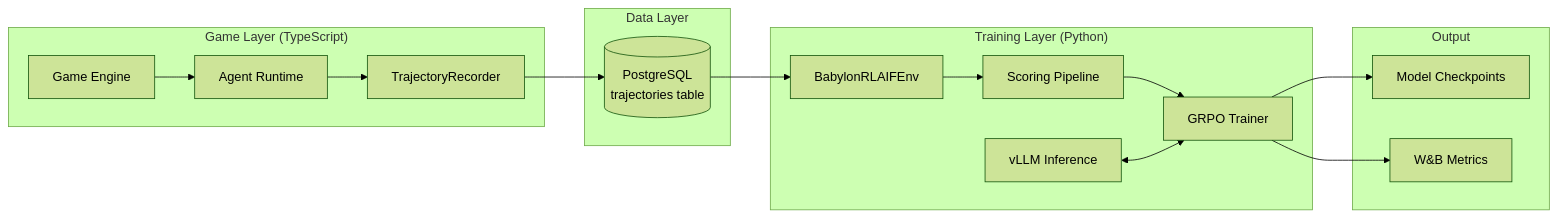
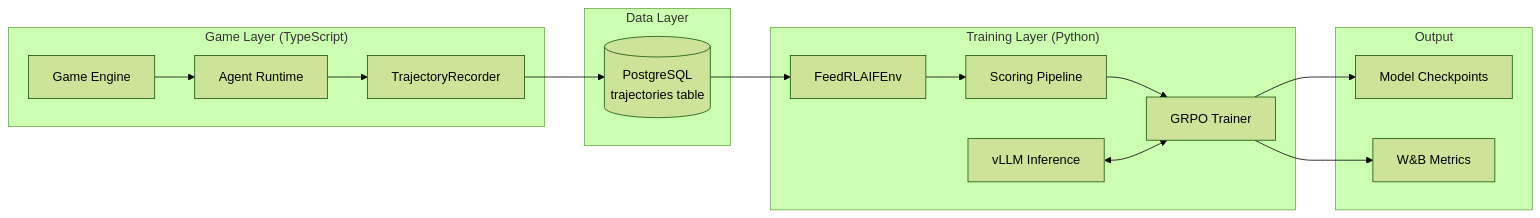
Before and after one commit to elizaOS/eliza: the first of 3 diagrams in packages/feed/packages/training/book/src/architecture/overview.md, drawn with Mermaid (forest theme). The commit also changed other lines of this file and 2477 other files, not shown here.

First line of the commit message:
chore(feed): rename babylon → feed across packages/feed

````diff
--- a/packages/feed/packages/training/book/src/architecture/overview.md
+++ b/packages/feed/packages/training/book/src/architecture/overview.md
@@ -7,34 +7,34 @@
 ```mermaid
 graph LR
     subgraph "Game Layer (TypeScript)"
         GAME[Game Engine]
         AGENTS[Agent Runtime]
         TRJ[TrajectoryRecorder]
     end
     
     subgraph "Data Layer"
         DB[(PostgreSQL<br/>trajectories table)]
     end
     
     subgraph "Training Layer (Python)"
-        BENV[BabylonRLAIFEnv]
+        BENV[FeedRLAIFEnv]
         SCORE[Scoring Pipeline]
         GRPO[GRPO Trainer]
         VLLM[vLLM Inference]
     end
     
     subgraph "Output"
         CKPT[Model Checkpoints]
         LOGS[W&B Metrics]
     end
     
     GAME --> AGENTS
     AGENTS --> TRJ
     TRJ --> DB
     DB --> BENV
     BENV --> SCORE
     SCORE --> GRPO
     VLLM <--> GRPO
     GRPO --> CKPT
     GRPO --> LOGS
 ```
````
